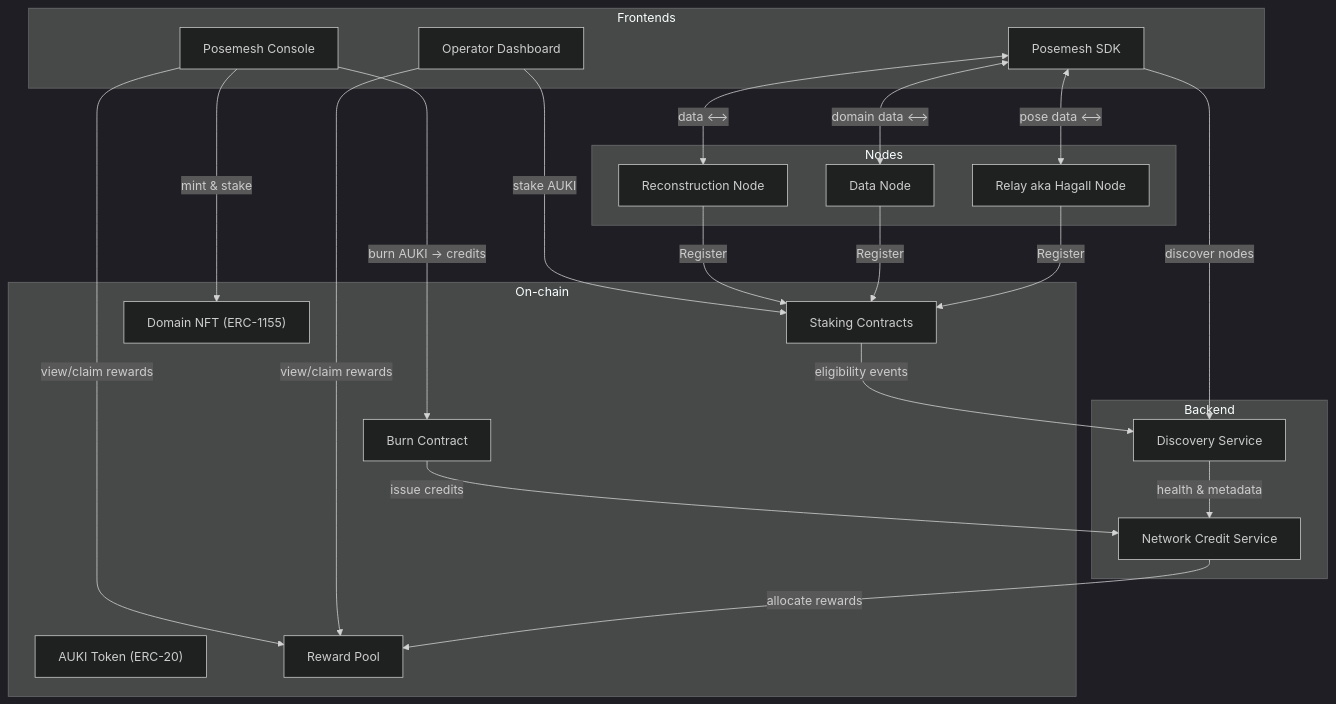
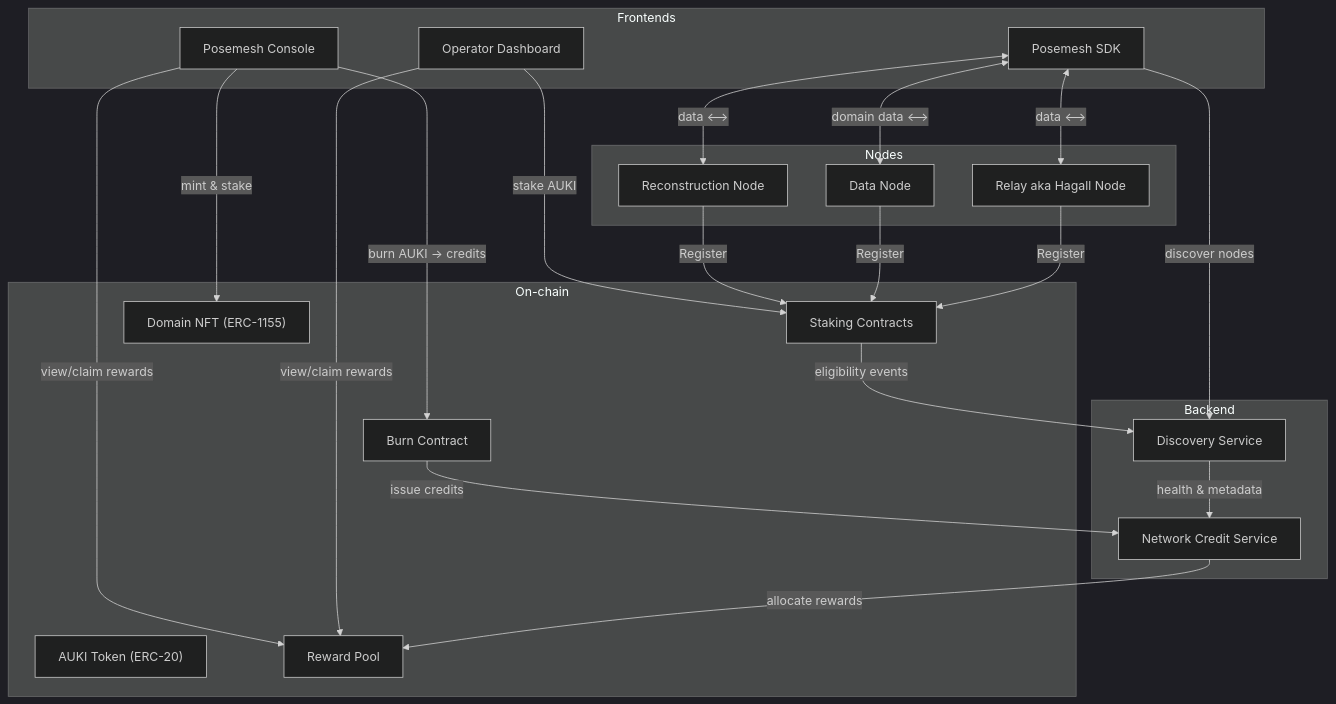
Before and after one commit to aukilabs/posemesh: the first of 2 diagrams in docs/02-current-architecture.md, drawn with Mermaid (dark theme). The commit also changed other lines of this file, not shown here.

Commit message:
chore: format and remove pose dattpa

````diff
--- a/docs/02-current-architecture.md
+++ b/docs/02-current-architecture.md
@@ -38,59 +39,59 @@
 ```mermaid
 flowchart TD
   %% Frontends
   subgraph Frontends
     PC["Posemesh Console"]
     OD["Operator Dashboard"]
     SDK["Posemesh SDK"]
   end
 
   %% On-chain
   subgraph On-chain
     AT["AUKI Token (ERC-20)"]
     BC["Burn Contract"]
     SC["Staking Contracts"]
     RP["Reward Pool"]
     DN["Domain NFT (ERC-1155)"]
   end
 
   %% Backend
   subgraph Backend
     NCS["Network Credit Service"]
     DS["Discovery Service"]
   end
 
   %% Nodes
   subgraph Nodes
     H["Relay aka Hagall Node"]
     S["Data Node"]
     R["Reconstruction Node"]
 
   end
 
   %% Frontends → On-chain
   PC -->|burn AUKI → credits| BC
   PC -->|mint & stake| DN
   PC -->|view/claim rewards| RP
   OD -->|stake AUKI| SC
   OD -->|view/claim rewards| RP
 
   %% SDK ↔ Discovery & Nodes
   SDK -->|discover nodes| DS
-  SDK <-->|pose data ⟷| H
+  SDK <-->|data ⟷| H
   SDK <-->|data ⟷| R
   SDK <-->|domain data ⟷| S
 
   %% Nodes → On-chain Staking
   R -->|Register| SC
   S -->|Register| SC
   H -->|Register| SC
 
   %% Credit issuance & reward flow
   BC -->|issue credits| NCS
   NCS -->|allocate rewards| RP
 
   %% Eligibility events & health
   SC -->|eligibility events| DS
   DS -->|health & metadata| NCS
 
 ```
````
